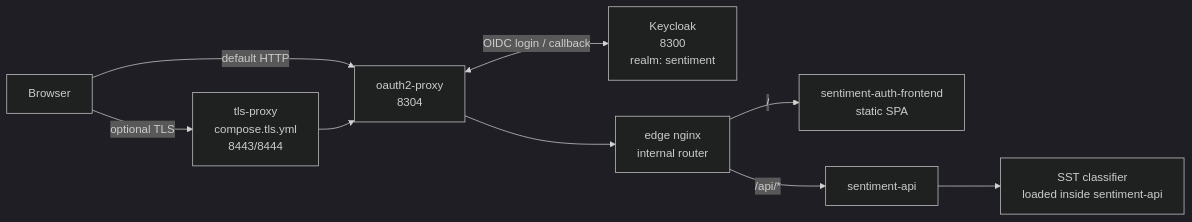
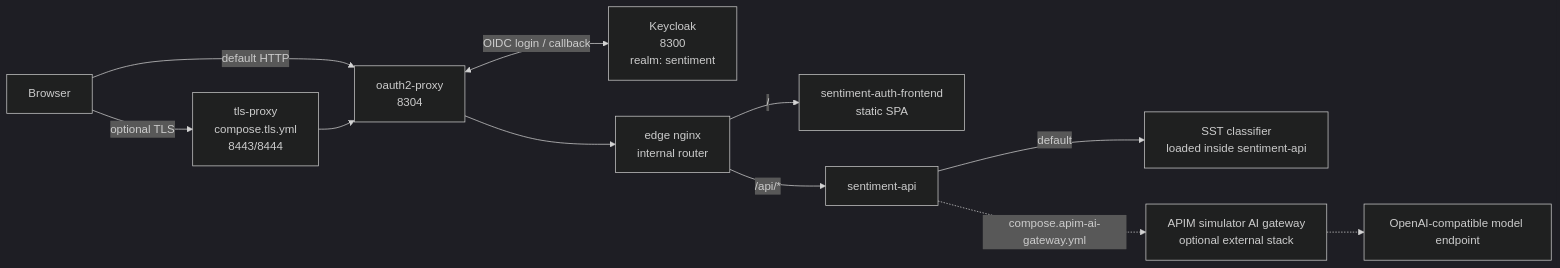
The first of 4 diagrams in apps/sentiment/docs/COMPOSE-ARCHITECTURE.md (nickromney/platform), drawn with Mermaid (dark theme) before and after one commit. The commit also changed other lines of this file and 40 other files, not shown here.

Commit message:
Add governed APIM simulator policies and UI docs (#95)

````diff
--- a/apps/sentiment/docs/COMPOSE-ARCHITECTURE.md
+++ b/apps/sentiment/docs/COMPOSE-ARCHITECTURE.md
@@ -21,20 +24,24 @@
 ```mermaid
 flowchart LR
     Browser["Browser"]
     TLS["tls-proxy<br/>compose.tls.yml<br/>8443/8444"]
     OAuth["oauth2-proxy<br/>8304"]
     KC["Keycloak<br/>8300<br/>realm: sentiment"]
     Edge["edge nginx<br/>internal router"]
     UI["sentiment-auth-frontend<br/>static SPA"]
     API["sentiment-api"]
     SST["SST classifier<br/>loaded inside sentiment-api"]
+    APIM["APIM simulator AI gateway<br/>optional external stack"]
+    Model["OpenAI-compatible model endpoint"]
 
     Browser -->|"default HTTP"| OAuth
     Browser -->|"optional TLS"| TLS
     TLS --> OAuth
     OAuth <-->|"OIDC login / callback"| KC
     OAuth --> Edge
     Edge -->|" / "| UI
     Edge -->|" /api/* "| API
-    API --> SST
+    API -->|"default"| SST
+    API -.->|"compose.apim-ai-gateway.yml"| APIM
+    APIM -.-> Model
 ```
````
